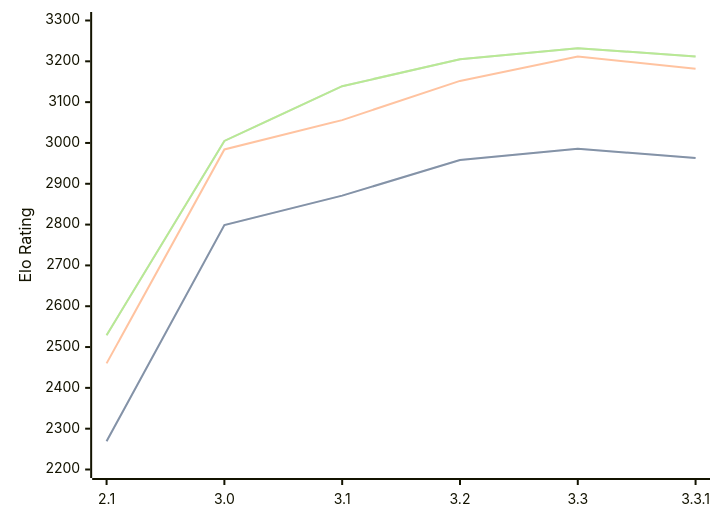
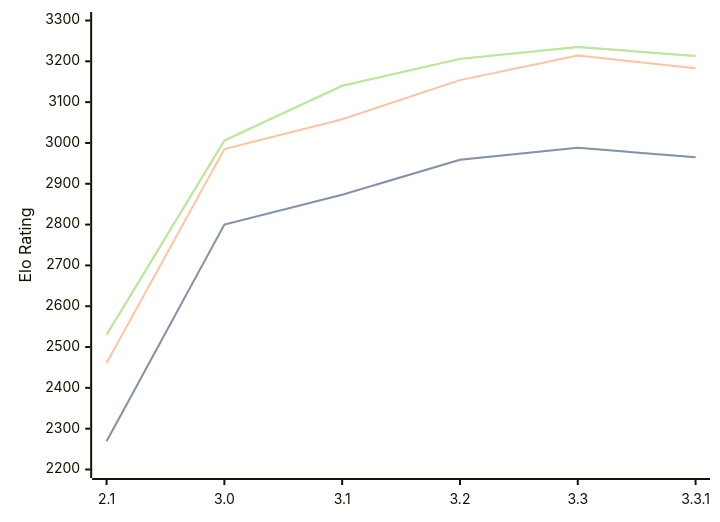
Before and after one commit to computer-chess-index/cci: the diagram in engines/Petrel.md, drawn with Mermaid. The commit also changed other lines of this file, not shown here.

Commit message:
Update CCI Ratings (ELO VLTC) - 2026-02-20

````diff
--- a/engines/Petrel.md
+++ b/engines/Petrel.md
@@ -40,11 +40,11 @@
 ```mermaid
 %%{init: {"theme":"base","themeVariables":{"seriesColors:['#a3a3a3','#222221','#faa371']}}}%%
 xychart-beta
   x-axis ["2.1", "3.0", "3.1", "3.2", "3.3", "3.3.1"]
   y-axis "Elo Rating" 2200 --> 3300
-  line "STC (8.0+0.08s)" [2269, 2799, 2871, 2958, 2986, 2963]
-  line "STC (8.0+0.08s)" [2269, 2799, 2871, 2958, 2986, 2963]
-  line "LTC (60.0+0.60s)" [2460, 2984, 3056, 3152, 3212, 3182]
-  line "VLTC (2m24s+1.12s)" [2529, 3005, 3139, 3205, 3232, 3212]
-  line "VLTC (2m24s+1.12s)" [2529, 3005, 3139, 3205, 3232, 3212]
+  line "STC (8.0+0.08s)" [2269, 2800, 2873, 2959, 2988, 2965]
+  line "STC (8.0+0.08s)" [2269, 2800, 2873, 2959, 2988, 2965]
+  line "LTC (60.0+0.60s)" [2461, 2985, 3058, 3154, 3214, 3183]
+  line "VLTC (2m24s+1.12s)" [2530, 3006, 3140, 3206, 3235, 3213]
+  line "VLTC (2m24s+1.12s)" [2530, 3006, 3140, 3206, 3235, 3213]
 ```
````
